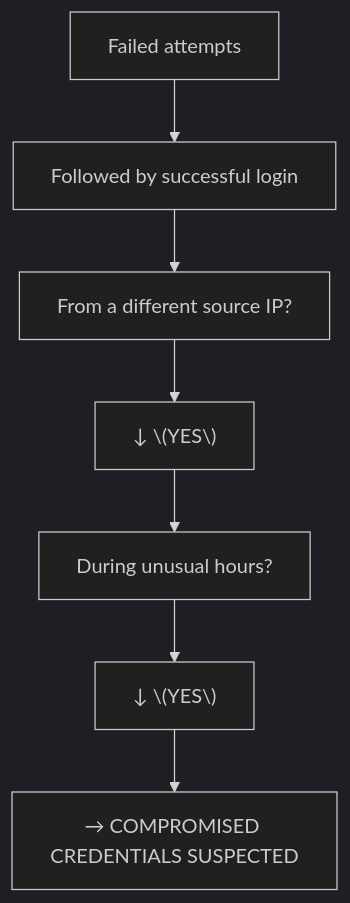
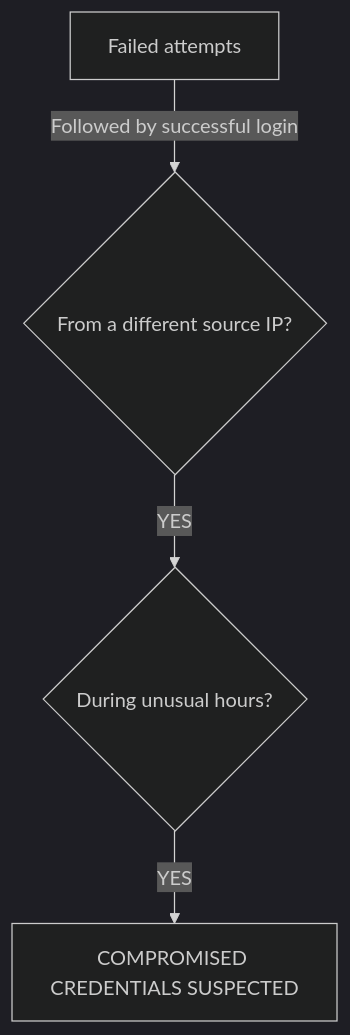
The diagram in src/data/content/day1/authentication-brute-force-detection.md (vishalkumar28/SOC-Training), drawn with Mermaid (dark theme) before and after one commit. The commit also changed 11 other files, not shown here.

````diff
--- a/src/data/content/day1/authentication-brute-force-detection.md
+++ b/src/data/content/day1/authentication-brute-force-detection.md
@@ -34,10 +34,6 @@
 ```mermaid
 graph TD
-    A["Failed attempts"]
-    A --> B["Followed by successful login"]
-    B --> C["From a different source IP?"]
-    C --> D["↓ \(YES\)"]
-    D --> E["During unusual hours?"]
-    E --> F["↓ \(YES\)"]
-    F --> G["→ COMPROMISED CREDENTIALS SUSPECTED"]
+    A[Failed attempts] -->|Followed by successful login| B{From a different source IP?}
+    B -->|YES| C{During unusual hours?}
+    C -->|YES| D[COMPROMISED CREDENTIALS SUSPECTED]
 ```
````
